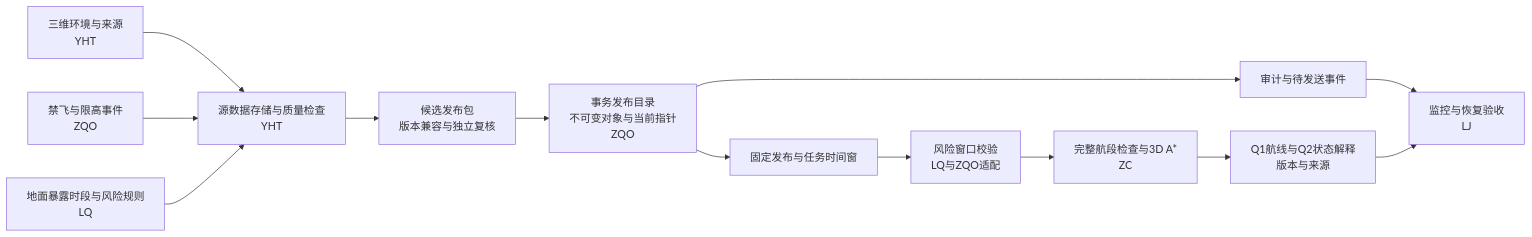
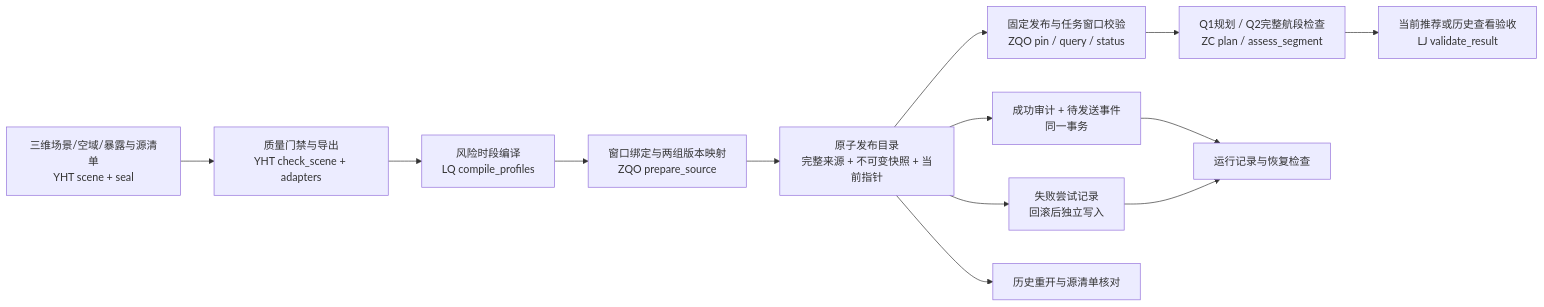
The diagram in docs/modules/zqo/figures/architecture.mmd (zoran-sid/Routeweave), drawn with Mermaid before and after one commit. The commit also changed 22 other files, not shown here.

```diff
--- a/docs/modules/zqo/figures/architecture.mmd
+++ b/docs/modules/zqo/figures/architecture.mmd
@@ -1,13 +1,13 @@
 flowchart LR
-  A[三维环境与来源<br/>YHT] --> D[源数据存储与质量检查<br/>YHT]
-  B[禁飞与限高事件<br/>ZQO] --> D
-  C[地面暴露时段与风险规则<br/>LQ] --> D
-  D --> E[候选发布包<br/>版本兼容与独立复核]
-  E --> F[事务发布目录<br/>不可变对象与当前指针<br/>ZQO]
-  F --> G[固定发布与任务时间窗]
-  G --> H[风险窗口校验<br/>LQ与ZQO适配]
-  H --> I[完整航段检查与3D A*<br/>ZC]
-  I --> J[Q1航线与Q2状态解释<br/>版本与来源]
-  F --> K[审计与待发送事件]
-  K --> L[监控与恢复验收<br/>LJ]
-  J --> L
+  A[三维场景/空域/暴露与源清单<br/>YHT scene + seal] --> B[质量门禁与导出<br/>YHT check_scene + adapters]
+  B --> C[风险时段编译<br/>LQ compile_profiles]
+  C --> D[窗口绑定与两组版本映射<br/>ZQO prepare_source]
+  D --> E[原子发布目录<br/>完整来源 + 不可变快照 + 当前指针]
+  E --> F[固定发布与任务窗口校验<br/>ZQO pin / query / status]
+  F --> G[Q1规划 / Q2完整航段检查<br/>ZC plan / assess_segment]
+  G --> H[当前推荐或历史查看验收<br/>LJ validate_result]
+  E --> I[成功审计 + 待发送事件<br/>同一事务]
+  E --> J[失败尝试记录<br/>回滚后独立写入]
+  I --> K[运行记录与恢复检查]
+  J --> K
+  E --> L[历史重开与源清单核对]
```
